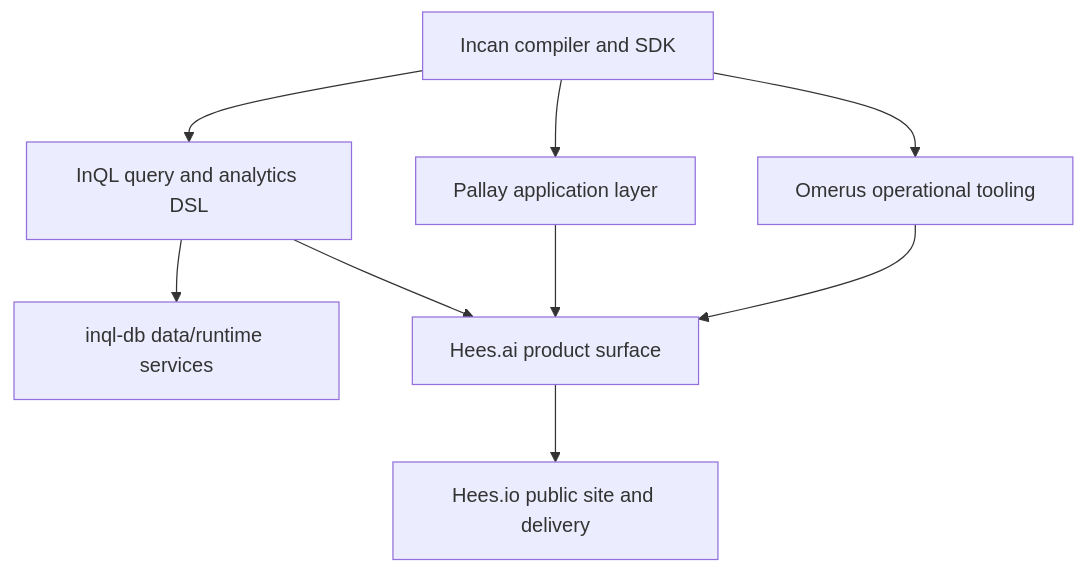
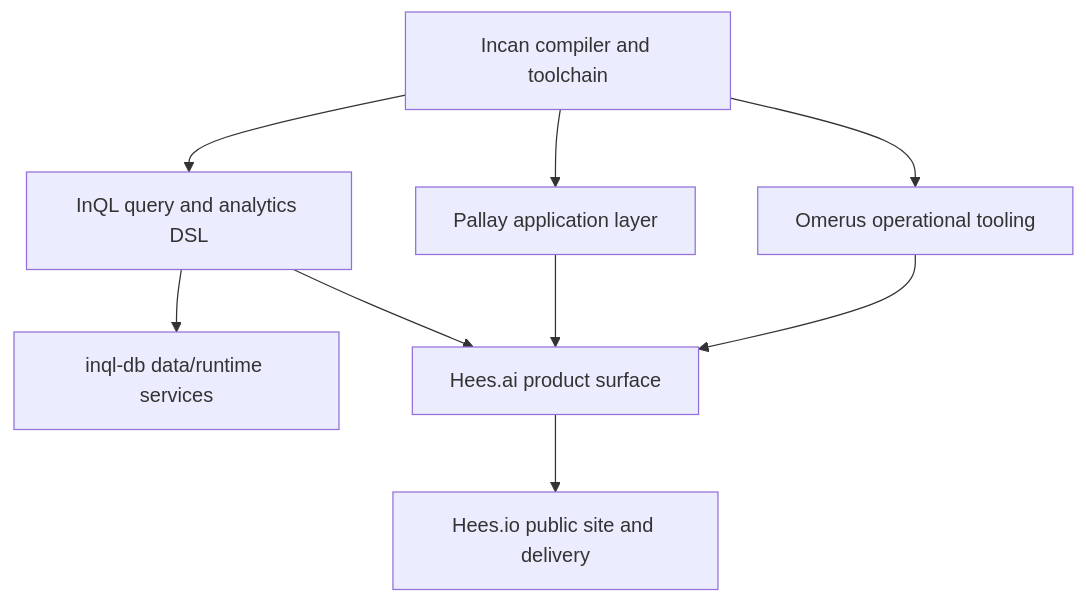
The diagram in workspaces/docs-site/docs/start_here/encero_stack.md (princeaka140/incan), drawn with Mermaid before and after one commit. The commit also changed 39 other files, not shown here.

Commit message:
chore - rename release sdk surface to toolchain

````diff
--- a/workspaces/docs-site/docs/start_here/encero_stack.md
+++ b/workspaces/docs-site/docs/start_here/encero_stack.md
@@ -5,19 +5,19 @@
 ```mermaid
 flowchart TD
-    Incan["Incan compiler and SDK"]
+    Incan["Incan compiler and toolchain"]
     InQL["InQL query and analytics DSL"]
     Pallay["Pallay application layer"]
     Omerus["Omerus operational tooling"]
     InqlDb["inql-db data/runtime services"]
     HeesAI["Hees.ai product surface"]
     HeesIO["Hees.io public site and delivery"]
 
     Incan --> InQL
     Incan --> Pallay
     Incan --> Omerus
     InQL --> InqlDb
     InQL --> HeesAI
     Pallay --> HeesAI
     Omerus --> HeesAI
     HeesAI --> HeesIO
 ```
````
